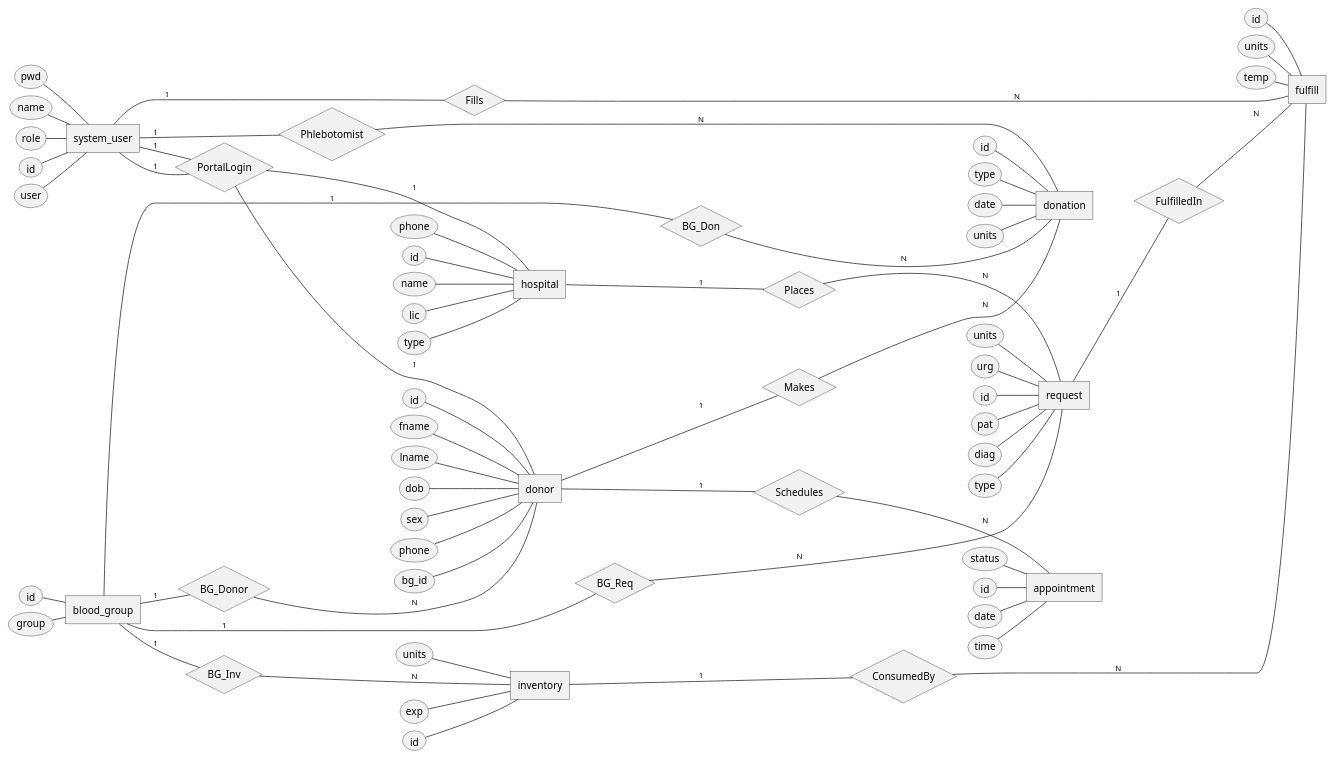
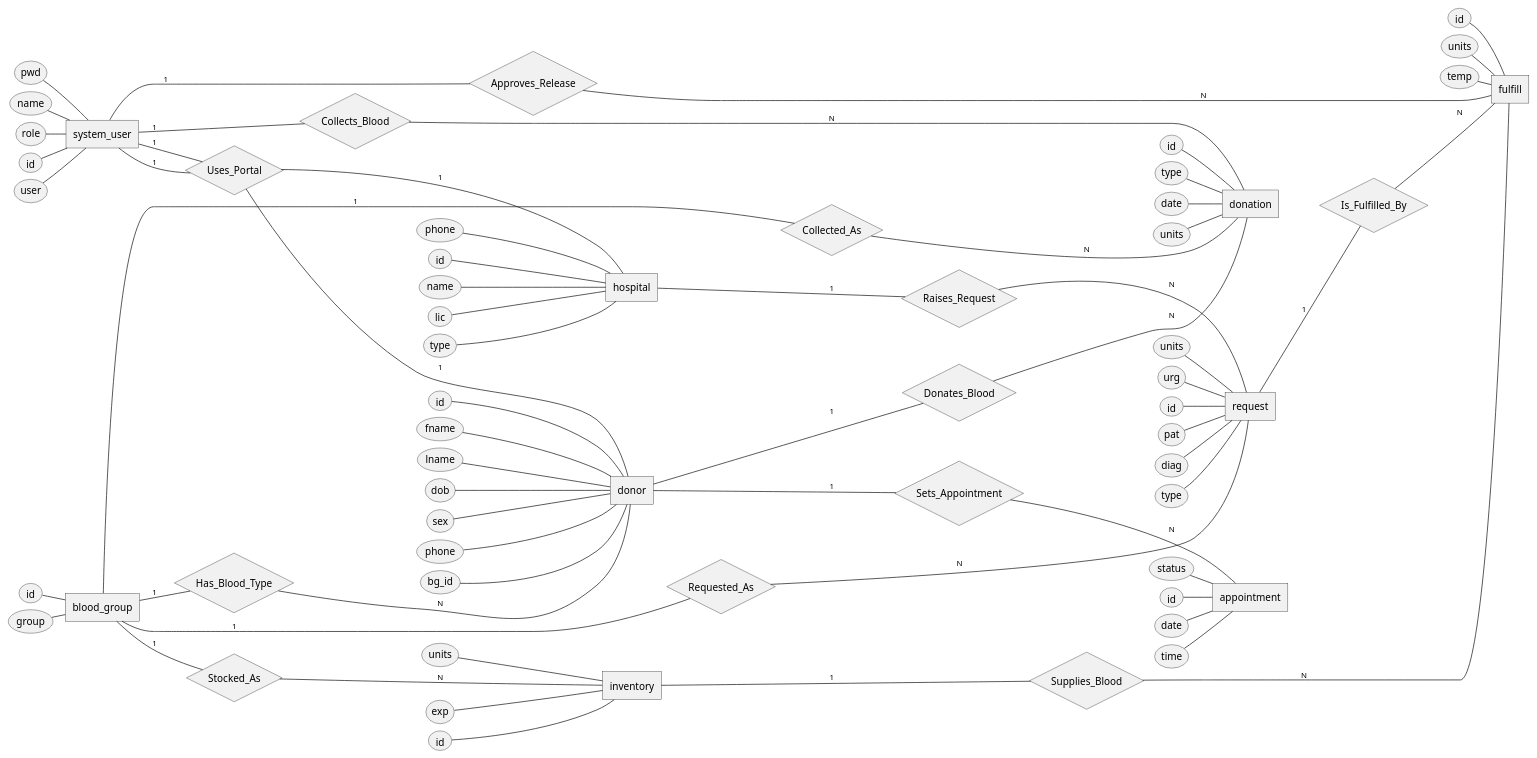
The diagram in erd.puml (ShreyashV38/BloodBank), drawn with PlantUML before and after one commit. The commit also changed 7 other files, not shown here.

```diff
--- a/erd.puml
+++ b/erd.puml
@@ -1,149 +1,149 @@
 @startchen
 ' --- DIAGRAM SCALING & COMPRESSION SECRETS ---
 left to right direction
 skinparam nodesep 10
 skinparam ranksep 10
 scale max 1000 width
 scale max 1000 height
 
 entity blood_group {
     id
     group
 }
 
 entity system_user {
     id
     user
     pwd
     name
     role
 }
 
 entity donor {
     id
     fname
     lname
     dob
     sex
     phone
     bg_id
 }
 
 entity inventory {
     id
     units
     exp
 }
 
 entity hospital {
     id
     name
     lic
     type
     phone
 }
 
 entity donation {
     id
     type
     date
     units
 }
 
 entity request {
     id
     pat
     diag
     type
     units
     urg
 }
 
 entity fulfill {
     id
     units
     temp
 }
 
 entity appointment {
     id
     date
     time
     status
 }
 
-relationship PortalLogin {
+relationship Uses_Portal {
 }
 
-relationship Phlebotomist {
+relationship Collects_Blood {
 }
 
-relationship Fills {
+relationship Approves_Release {
 }
 
-relationship BG_Donor {
+relationship Has_Blood_Type {
 }
 
-relationship BG_Inv {
+relationship Stocked_As {
 }
 
-relationship BG_Don {
+relationship Collected_As {
 }
 
-relationship BG_Req {
+relationship Requested_As {
 }
 
-relationship Makes {
+relationship Donates_Blood {
 }
 
-relationship Schedules {
+relationship Sets_Appointment {
 }
 
-relationship Places {
+relationship Raises_Request {
 }
 
-relationship FulfilledIn {
+relationship Is_Fulfilled_By {
 }
 
-relationship ConsumedBy {
+relationship Supplies_Blood {
 }
 
-system_user -1- PortalLogin
-PortalLogin -1- donor
-system_user -1- PortalLogin
-PortalLogin -1- hospital
+system_user -1- Uses_Portal
+Uses_Portal -1- donor
+system_user -1- Uses_Portal
+Uses_Portal -1- hospital
 
-system_user -1- Phlebotomist
-Phlebotomist -N- donation
+system_user -1- Collects_Blood
+Collects_Blood -N- donation
 
-system_user -1- Fills
-Fills -N- fulfill
+system_user -1- Approves_Release
+Approves_Release -N- fulfill
 
-blood_group -1- BG_Donor
-BG_Donor -N- donor
+blood_group -1- Has_Blood_Type
+Has_Blood_Type -N- donor
 
-blood_group -1- BG_Inv
-BG_Inv -N- inventory
+blood_group -1- Stocked_As
+Stocked_As -N- inventory
 
-blood_group -1- BG_Don
-BG_Don -N- donation
+blood_group -1- Collected_As
+Collected_As -N- donation
 
-blood_group -1- BG_Req
-BG_Req -N- request
+blood_group -1- Requested_As
+Requested_As -N- request
 
-donor -1- Makes
-Makes -N- donation
+donor -1- Donates_Blood
+Donates_Blood -N- donation
 
-donor -1- Schedules
-Schedules -N- appointment
+donor -1- Sets_Appointment
+Sets_Appointment -N- appointment
 
-hospital -1- Places
-Places -N- request
+hospital -1- Raises_Request
+Raises_Request -N- request
 
-request -1- FulfilledIn
-FulfilledIn -N- fulfill
+request -1- Is_Fulfilled_By
+Is_Fulfilled_By -N- fulfill
 
-inventory -1- ConsumedBy
-ConsumedBy -N- fulfill
+inventory -1- Supplies_Blood
+Supplies_Blood -N- fulfill
 
 @endchen
```
